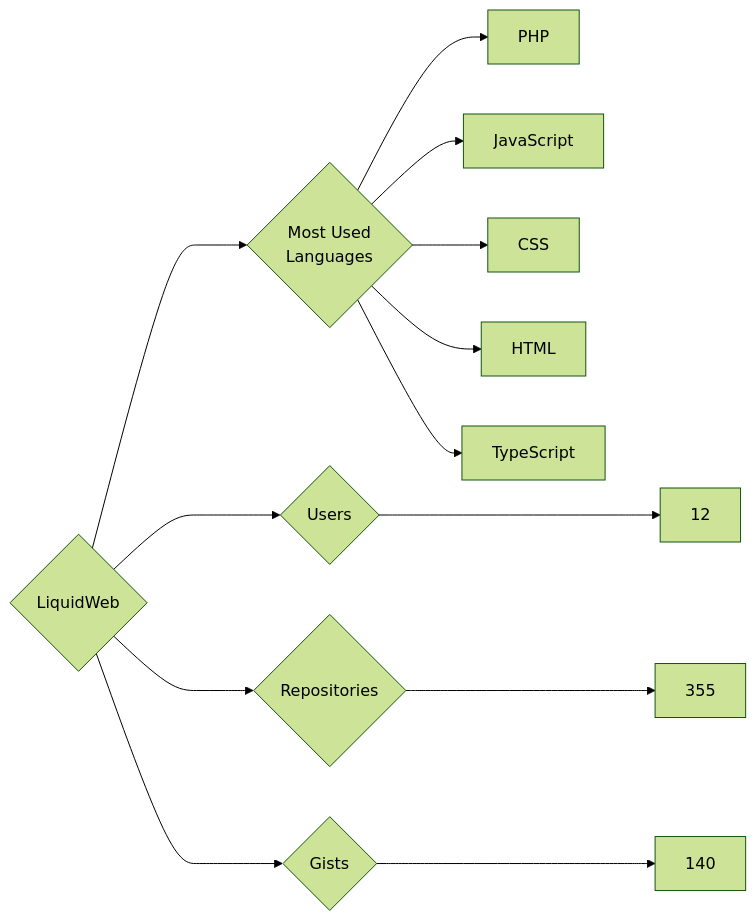
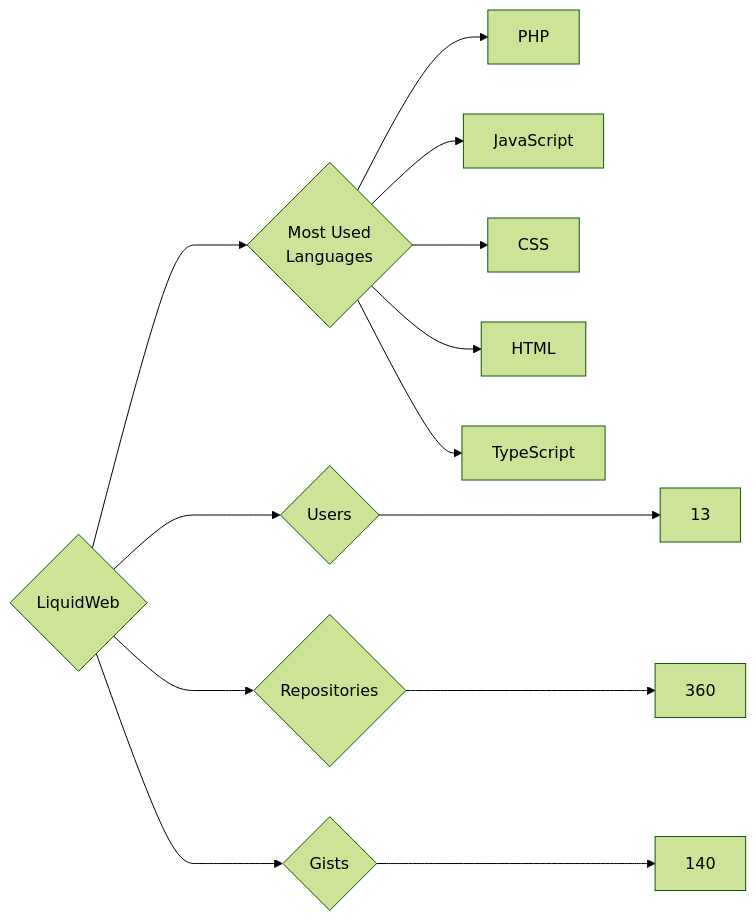
One commit to trickest/insiders changed the diagram in targets/LiquidWeb/README.md. Above: the diagram before and after it, drawn with Mermaid (forest theme). The commit also changed 1084 other files, not shown here.

````diff
--- a/targets/LiquidWeb/README.md
+++ b/targets/LiquidWeb/README.md
@@ -3,13 +3,13 @@
 ```mermaid
 graph LR
 COMPANY_NAME{LiquidWeb}
-COMPANY_NAME ---> U{Users} ---> UN[12]
-COMPANY_NAME ---> R{Repositories} ---> RN[355]
+COMPANY_NAME ---> U{Users} ---> UN[13]
+COMPANY_NAME ---> R{Repositories} ---> RN[360]
 COMPANY_NAME ---> G{Gists} ---> GN[140]
 COMPANY_NAME ---> ML{Most Used<br>Languages}
 ML --> PHP[PHP]
 ML --> JavaScript[JavaScript]
 ML --> CSS[CSS]
 ML --> HTML[HTML]
 ML --> TypeScript[TypeScript]
 ```
````
